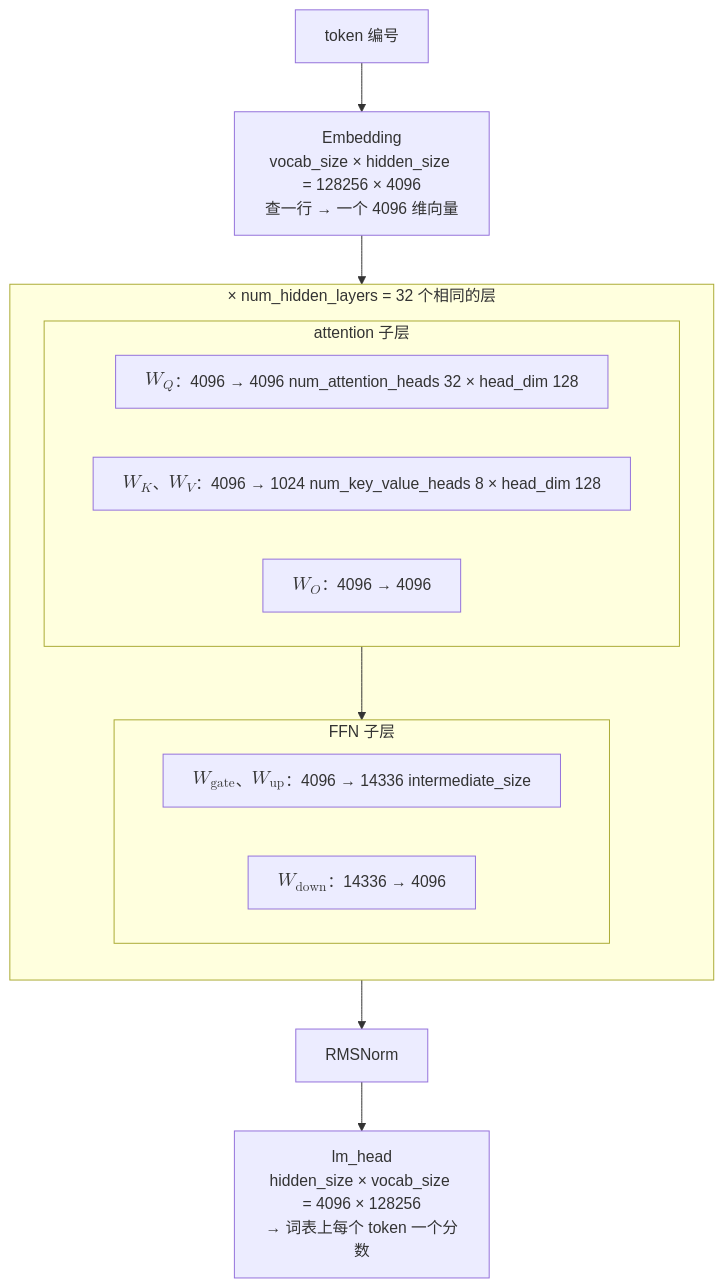
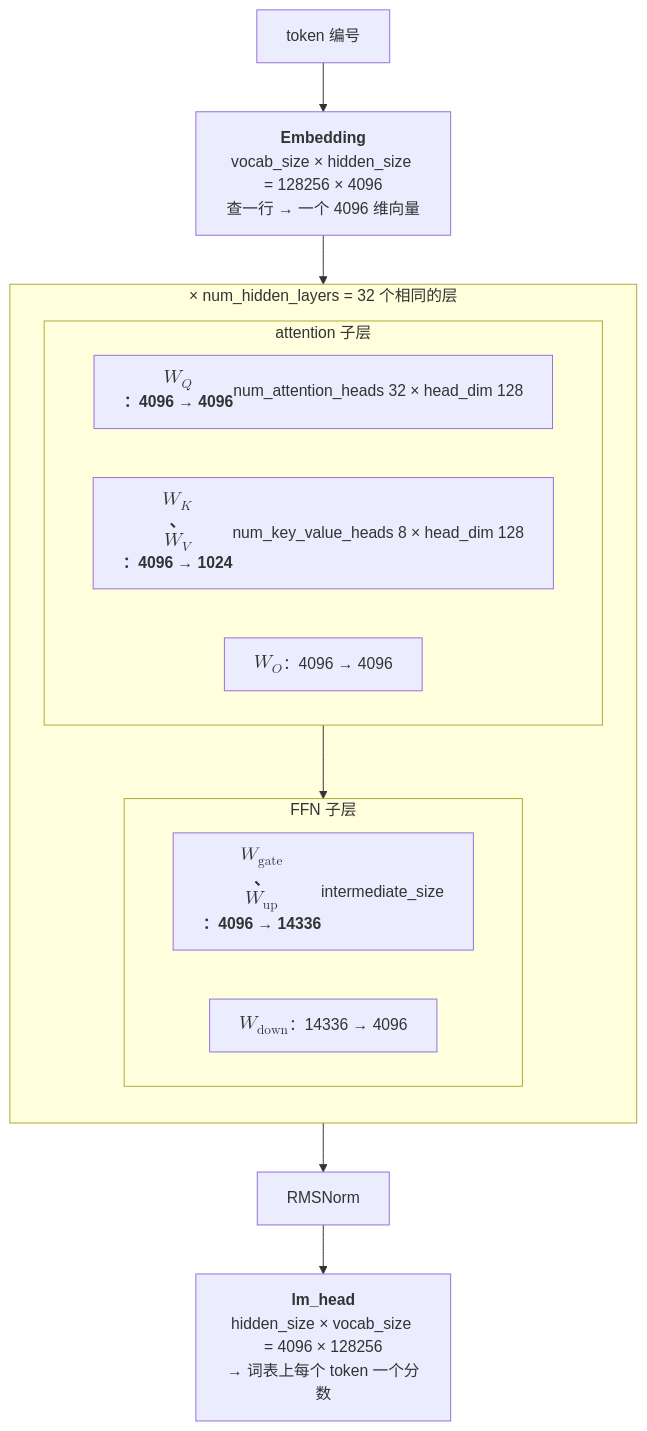
One commit to arganzheng/arganzheng.github.com changed the third of 3 diagrams in _posts/2026-04-02-llm-architecture-evolution-roadmap-from-gpt2.md. Above: the diagram before and after it, drawn with Mermaid. The commit also changed other lines of this file and 9 other files, not shown here.

First line of the commit message:
现代 LLM 结构：从 GPT-2 到今天的演进：Mermaid 多行方框的首行标为标题（10 篇）

````diff
--- a/_posts/2026-04-02-llm-architecture-evolution-roadmap-from-gpt2.md
+++ b/_posts/2026-04-02-llm-architecture-evolution-roadmap-from-gpt2.md
@@ -329,22 +329,22 @@
 ```mermaid
 %% 图：Llama-3-8B 的结构与 config.json 六个数字的对应：vocab_size 决定 embedding / lm_head 的行数，hidden_size 是贯穿全模型的向量宽度，num_hidden_layers 是同样的层重复几次，num_attention_heads / num_key_value_heads 决定 Q 与 K、V 投影的输出宽度，intermediate_size 是 FFN 中间的宽度
 flowchart TB
-    IN["token 编号"] --> EMB["Embedding<br/>vocab_size × hidden_size = 128256 × 4096<br/>查一行 → 一个 4096 维向量"]
+    IN["token 编号"] --> EMB["<b>Embedding</b><br/>vocab_size × hidden_size = 128256 × 4096<br/>查一行 → 一个 4096 维向量"]
     EMB --> L
     subgraph L["× num_hidden_layers = 32 个相同的层"]
         direction TB
         subgraph ATT["attention 子层"]
             direction LR
-            Q["$$W_Q$$：4096 → 4096<br/>num_attention_heads 32 × head_dim 128"]
-            KV["$$W_K$$、$$W_V$$：4096 → 1024<br/>num_key_value_heads 8 × head_dim 128"]
+            Q["<b>$$W_Q$$：4096 → 4096</b><br/>num_attention_heads 32 × head_dim 128"]
+            KV["<b>$$W_K$$、$$W_V$$：4096 → 1024</b><br/>num_key_value_heads 8 × head_dim 128"]
             O["$$W_O$$：4096 → 4096"]
         end
         subgraph FFN["FFN 子层"]
             direction LR
-            G["$$W_{\text{gate}}$$、$$W_{\text{up}}$$：4096 → 14336<br/>intermediate_size"]
+            G["<b>$$W_{\text{gate}}$$、$$W_{\text{up}}$$：4096 → 14336</b><br/>intermediate_size"]
             D["$$W_{\text{down}}$$：14336 → 4096"]
         end
         ATT --> FFN
     end
-    L --> NORM["RMSNorm"] --> HEAD["lm_head<br/>hidden_size × vocab_size = 4096 × 128256<br/>→ 词表上每个 token 一个分数"]
+    L --> NORM["RMSNorm"] --> HEAD["<b>lm_head</b><br/>hidden_size × vocab_size = 4096 × 128256<br/>→ 词表上每个 token 一个分数"]
 ```
````
